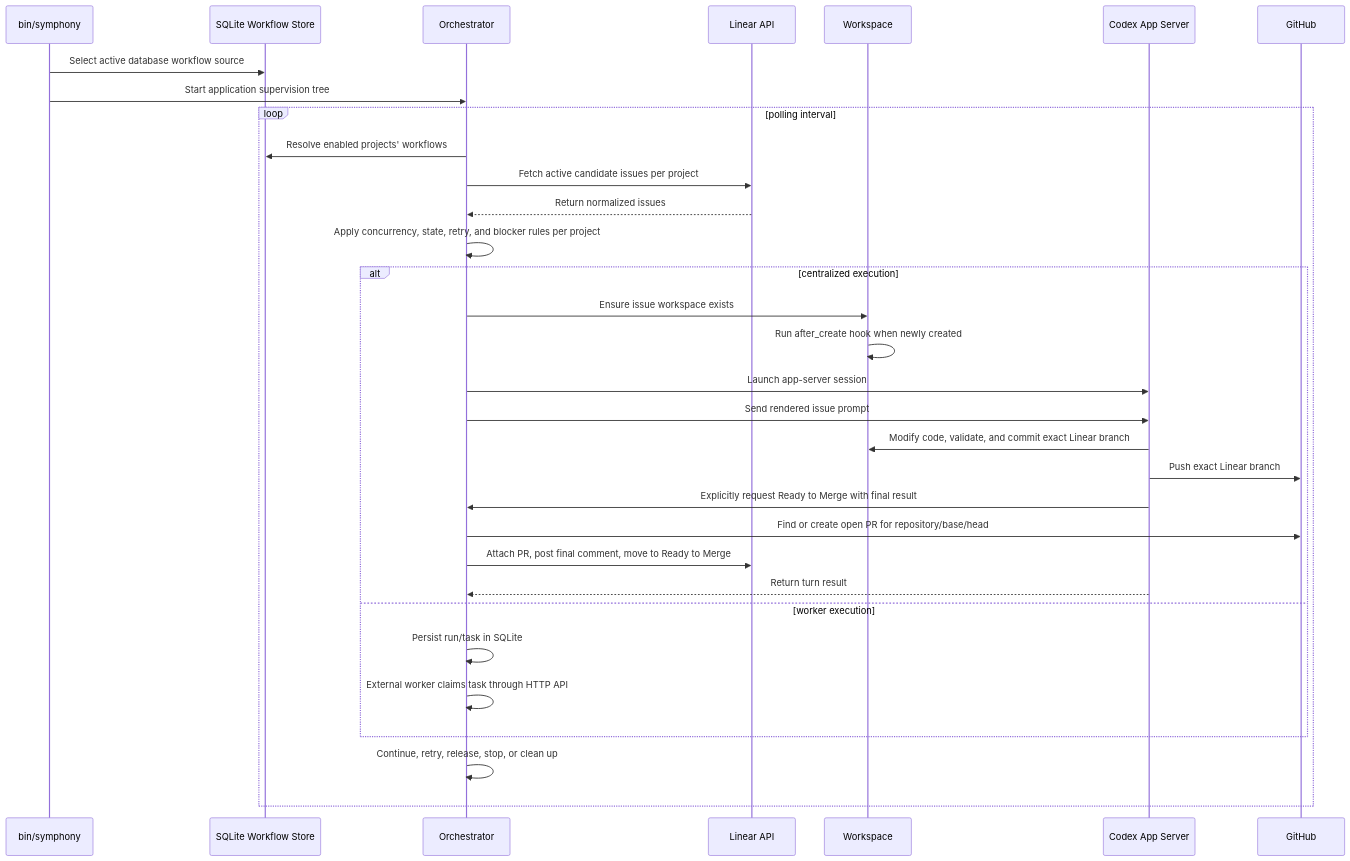
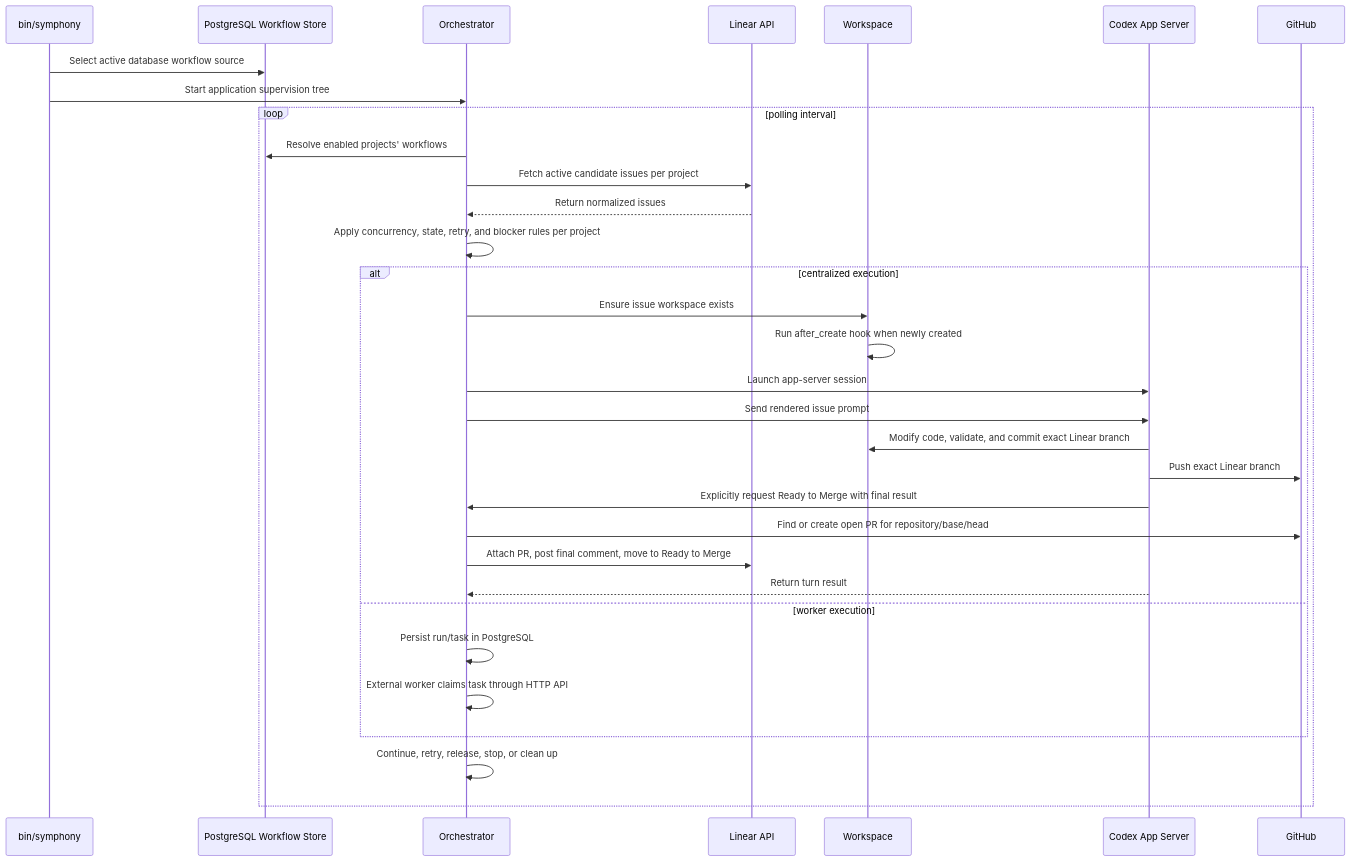
The second of 2 diagrams in docs/ARCHITECTURE.md (VikingMew/symphony), drawn with Mermaid before and after one commit. The commit also changed other lines of this file and 18 other files, not shown here.

First line of the commit message:
feat(deploy): add Symphony PostgreSQL Compose stack

````diff
--- a/docs/ARCHITECTURE.md
+++ b/docs/ARCHITECTURE.md
@@ -85,36 +85,36 @@
 ```mermaid
 sequenceDiagram
     participant CLI as bin/symphony
-    participant Workflow as SQLite Workflow Store
+    participant Workflow as PostgreSQL Workflow Store
     participant Orch as Orchestrator
     participant Linear as Linear API
     participant WS as Workspace
     participant Codex as Codex App Server
     participant GitHub as GitHub
 
     CLI->>Workflow: Select active database workflow source
     CLI->>Orch: Start application supervision tree
 
     loop polling interval
         Orch->>Workflow: Resolve enabled projects' workflows
         Orch->>Linear: Fetch active candidate issues per project
         Linear-->>Orch: Return normalized issues
         Orch->>Orch: Apply concurrency, state, retry, and blocker rules per project
         alt centralized execution
             Orch->>WS: Ensure issue workspace exists
             WS->>WS: Run after_create hook when newly created
             Orch->>Codex: Launch app-server session
             Orch->>Codex: Send rendered issue prompt
             Codex->>WS: Modify code, validate, and commit exact Linear branch
             Codex->>GitHub: Push exact Linear branch
             Codex->>Orch: Explicitly request Ready to Merge with final result
             Orch->>GitHub: Find or create open PR for repository/base/head
             Orch->>Linear: Attach PR, post final comment, move to Ready to Merge
             Codex-->>Orch: Return turn result
         else worker execution
-            Orch->>Orch: Persist run/task in SQLite
+            Orch->>Orch: Persist run/task in PostgreSQL
             Orch->>Orch: External worker claims task through HTTP API
         end
         Orch->>Orch: Continue, retry, release, stop, or clean up
     end
 ```
````
